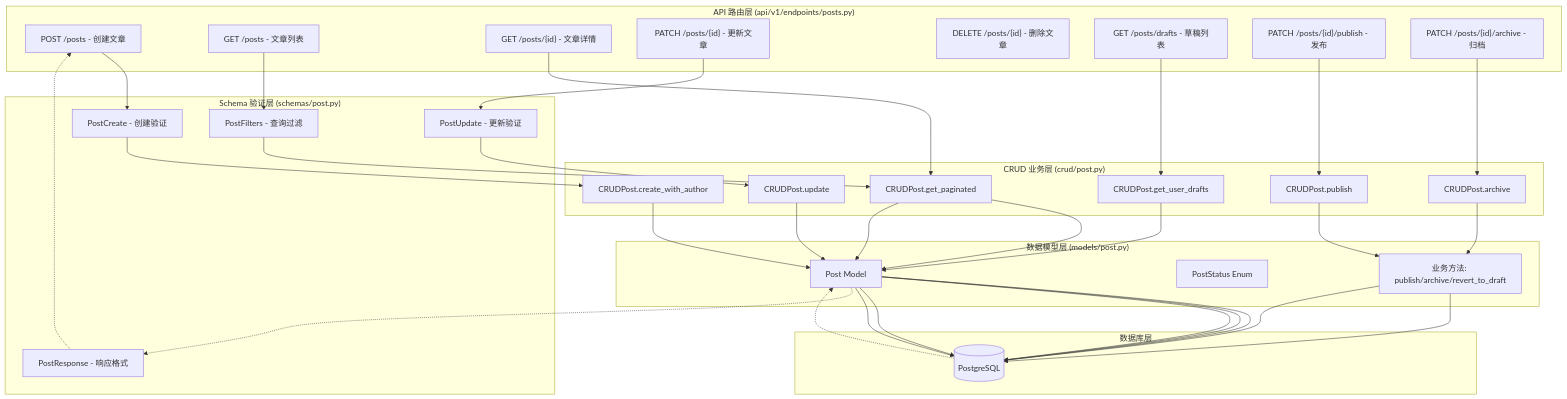
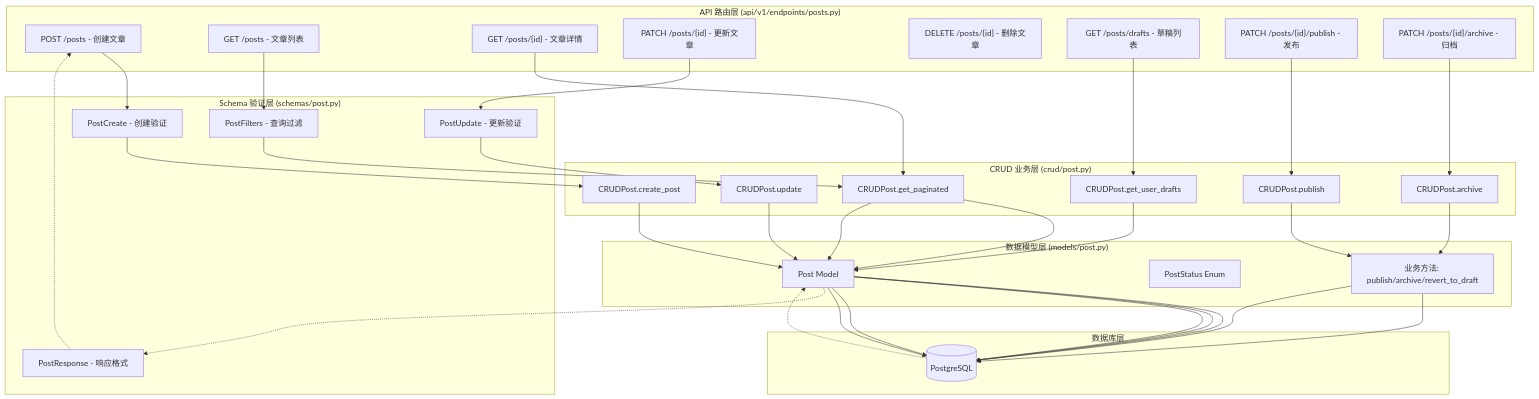
Before and after one commit to 9ml121/fastapi_blog: the second of 7 diagrams in docs/design/Phase6_文章管理设计.md, drawn with Mermaid. The commit also changed other lines of this file and 52 other files, not shown here.

````diff
--- a/docs/design/Phase6_文章管理设计.md
+++ b/docs/design/Phase6_文章管理设计.md
@@ -138,51 +138,51 @@
 ```mermaid
 flowchart TB
     subgraph "API 路由层 (api/v1/endpoints/posts.py)"
         A1["POST /posts - 创建文章"]
         A2["GET /posts - 文章列表"]
         A3["GET /posts/{id} - 文章详情"]
         A4["PATCH /posts/{id} - 更新文章"]
         A5["DELETE /posts/{id} - 删除文章"]
         A6["GET /posts/drafts - 草稿列表"]
         A7["PATCH /posts/{id}/publish - 发布"]
         A8["PATCH /posts/{id}/archive - 归档"]
     end
 
     subgraph "Schema 验证层 (schemas/post.py)"
         B1["PostCreate - 创建验证"]
         B2["PostUpdate - 更新验证"]
         B3["PostResponse - 响应格式"]
         B4["PostFilters - 查询过滤"]
     end
 
     subgraph "CRUD 业务层 (crud/post.py)"
-        C1["CRUDPost.create_with_author"]
+        C1["CRUDPost.create_post"]
         C2["CRUDPost.get_paginated"]
         C3["CRUDPost.update"]
         C4["CRUDPost.get_user_drafts"]
         C5["CRUDPost.publish"]
         C6["CRUDPost.archive"]
     end
 
     subgraph "数据模型层 (models/post.py)"
         D1["Post Model"]
         D2["PostStatus Enum"]
         D3["业务方法: publish/archive/revert_to_draft"]
     end
 
     subgraph "数据库层"
         E1[("PostgreSQL")]
     end
 
     %% 数据流
     A1 --> B1 --> C1 --> D1 --> E1
     A2 --> B4 --> C2 --> D1 --> E1
     A3 --> C2 --> D1 --> E1
     A4 --> B2 --> C3 --> D1 --> E1
     A6 --> C4 --> D1 --> E1
     A7 --> C5 --> D3 --> E1
     A8 --> C6 --> D3 --> E1
 
     %% 返回流
     E1 -.-> D1 -.-> B3 -.-> A1
 ```
````
